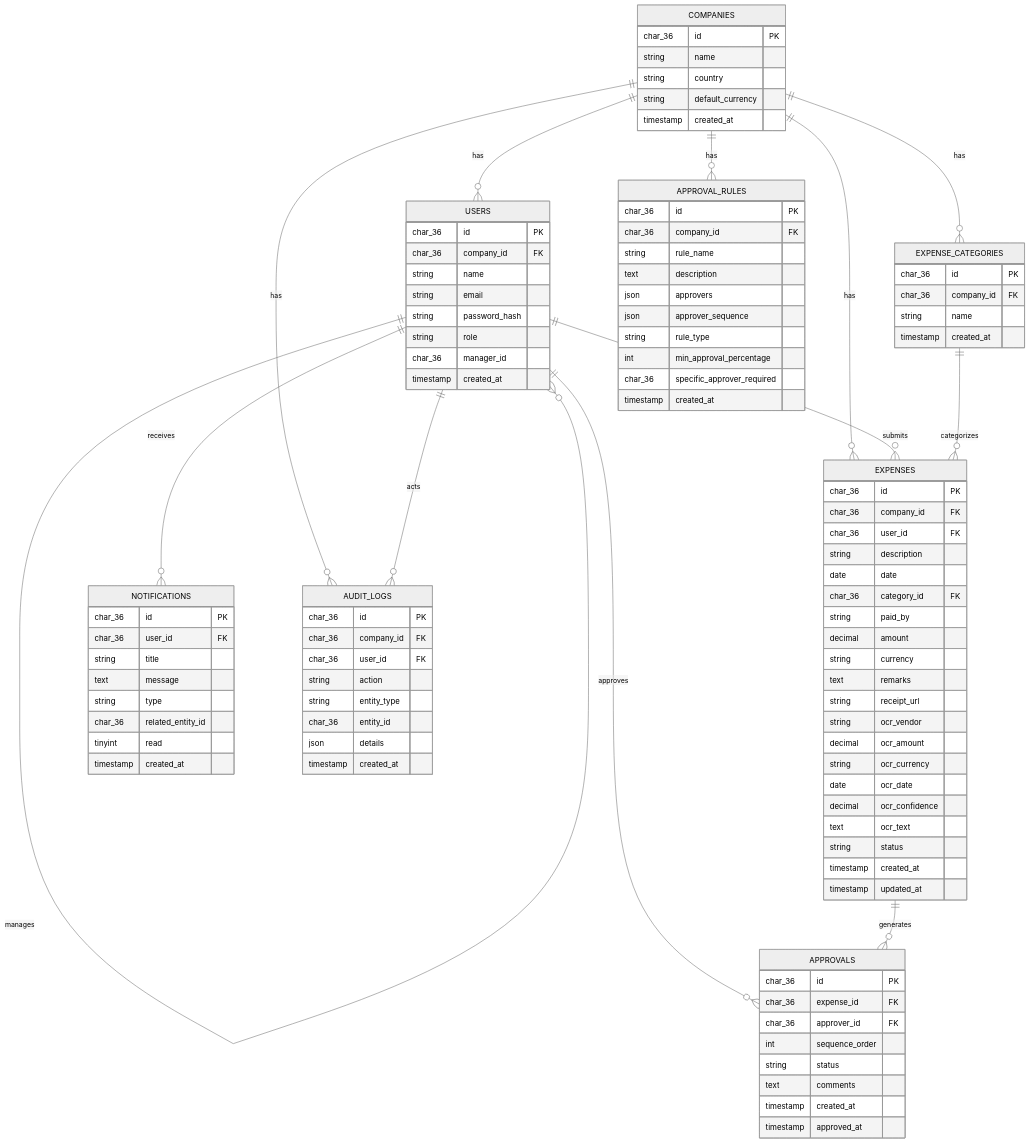
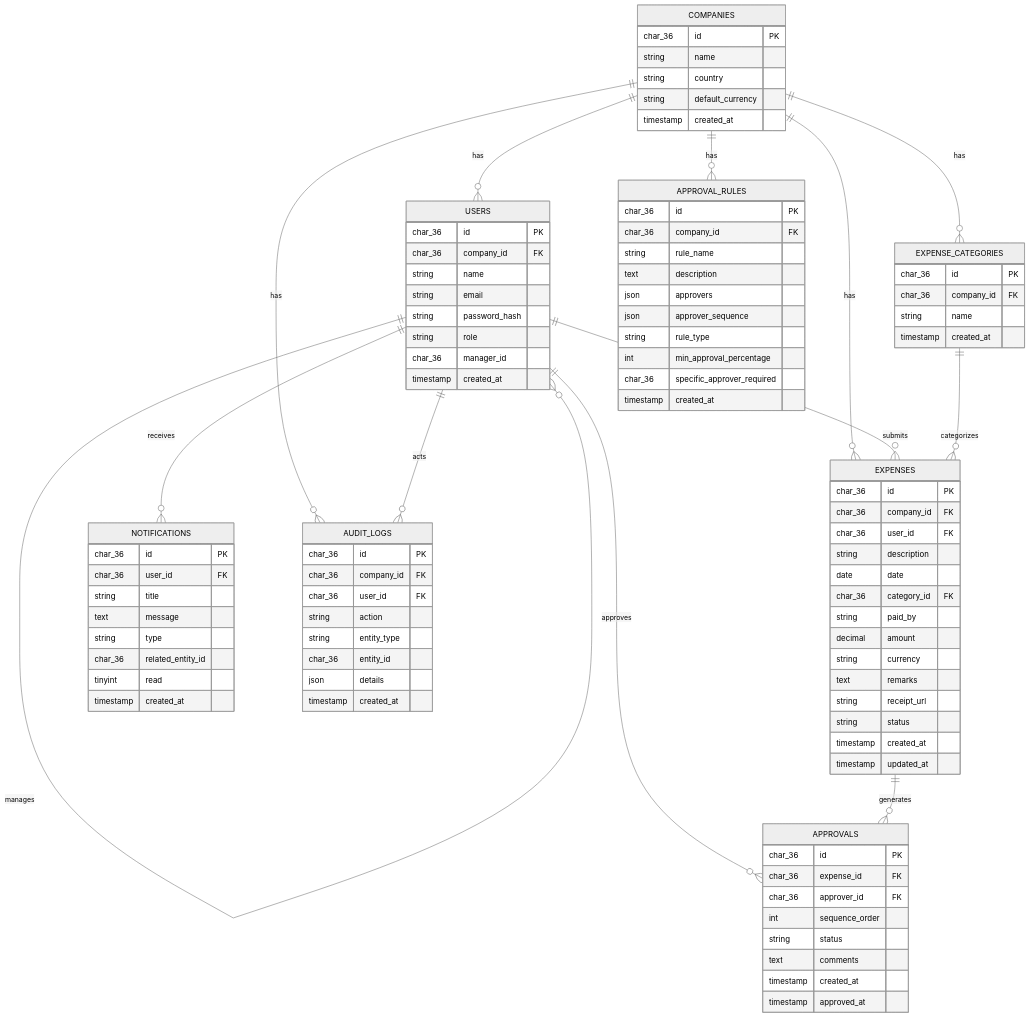
The diagram in hack-main/docs/images/er.mmd (sharath2004-tech/hack-main), drawn with Mermaid (neutral theme) before and after one commit. The commit also changed 4 other files, not shown here.

```diff
--- a/hack-main/docs/images/er.mmd
+++ b/hack-main/docs/images/er.mmd
@@ -1,116 +1,110 @@
 %% Mermaid ER diagram for Expense Management Platform
 %% Save as PNG via mermaid-cli (see instructions below)
 
 erDiagram
   COMPANIES {
     char_36 id PK
     string name
     string country
     string default_currency
     timestamp created_at
   }
 
   USERS {
     char_36 id PK
     char_36 company_id FK
     string name
     string email
     string password_hash
     string role
     char_36 manager_id
     timestamp created_at
   }
 
   EXPENSE_CATEGORIES {
     char_36 id PK
     char_36 company_id FK
     string name
     timestamp created_at
   }
 
   EXPENSES {
     char_36 id PK
     char_36 company_id FK
     char_36 user_id FK
     string description
     date date
     char_36 category_id FK
     string paid_by
     decimal amount
     string currency
     text remarks
     string receipt_url
-    string ocr_vendor
-    decimal ocr_amount
-    string ocr_currency
-    date ocr_date
-    decimal ocr_confidence
-    text ocr_text
     string status
     timestamp created_at
     timestamp updated_at
   }
 
   APPROVALS {
     char_36 id PK
     char_36 expense_id FK
     char_36 approver_id FK
     int sequence_order
     string status
     text comments
     timestamp created_at
     timestamp approved_at
   }
 
   NOTIFICATIONS {
     char_36 id PK
     char_36 user_id FK
     string title
     text message
     string type
     char_36 related_entity_id
     tinyint read
     timestamp created_at
   }
 
   APPROVAL_RULES {
     char_36 id PK
     char_36 company_id FK
     string rule_name
     text description
     json approvers
     json approver_sequence
     string rule_type
     int min_approval_percentage
     char_36 specific_approver_required
     timestamp created_at
   }
 
   AUDIT_LOGS {
     char_36 id PK
     char_36 company_id FK
     char_36 user_id FK
     string action
     string entity_type
     char_36 entity_id
     json details
     timestamp created_at
   }
 
   %% Relationships
   COMPANIES ||--o{ USERS : has
   COMPANIES ||--o{ EXPENSE_CATEGORIES : has
   COMPANIES ||--o{ EXPENSES : has
   COMPANIES ||--o{ APPROVAL_RULES : has
   COMPANIES ||--o{ AUDIT_LOGS : has
 
   USERS ||--o{ EXPENSES : submits
   USERS ||--o{ APPROVALS : approves
   USERS ||--o{ NOTIFICATIONS : receives
   USERS ||--o{ AUDIT_LOGS : acts
   USERS ||--o{ USERS : manages
 
   EXPENSE_CATEGORIES ||--o{ EXPENSES : categorizes
   EXPENSES ||--o{ APPROVALS : generates
 
   %% Optional note: NOTIFICATIONS.related_entity_id may reference different entities (expense/approval)
```
